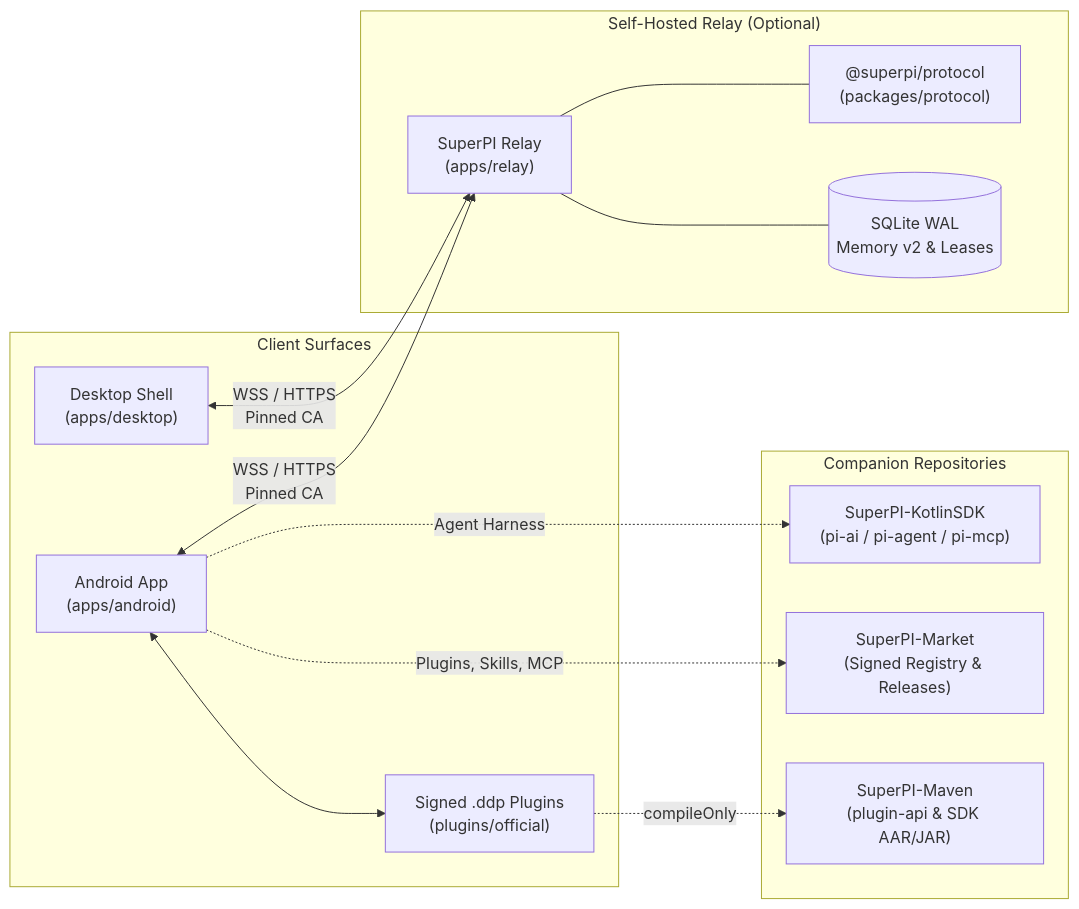
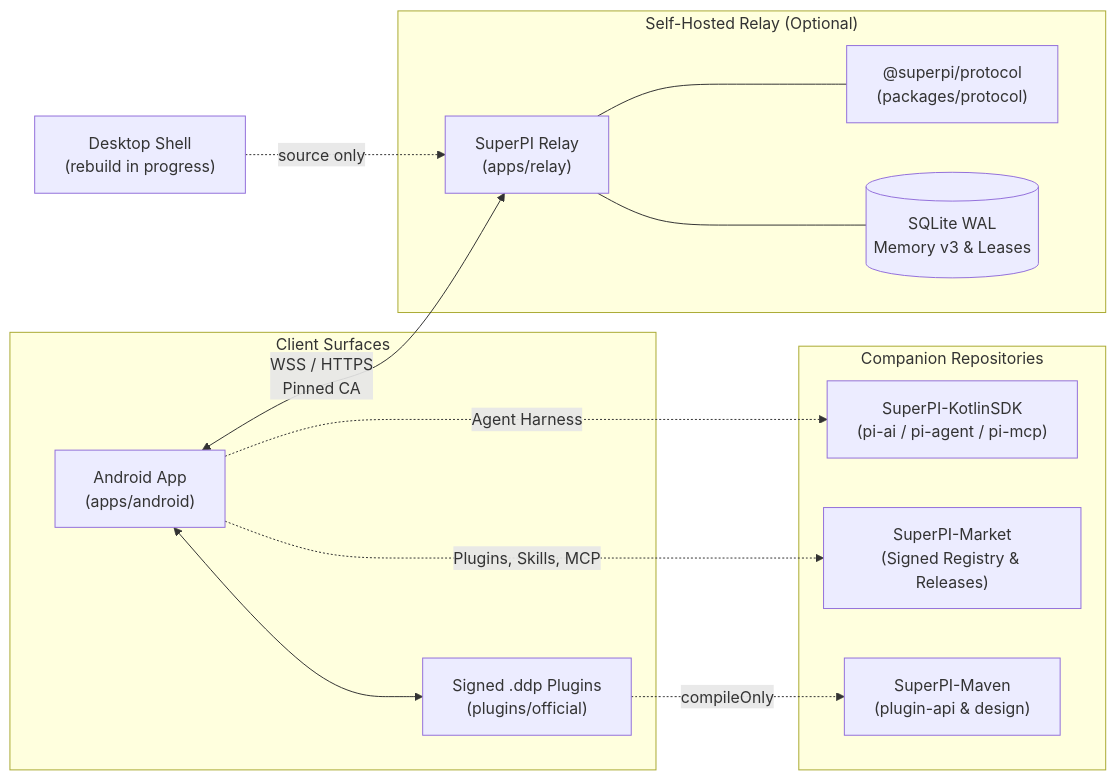
Before and after one commit to zqf20096327/ai_collect: the diagram in data/readmes/Sadami3066__SuperPI.md, drawn with Mermaid. The commit also changed other lines of this file and 3185 other files, not shown here.

````diff
--- a/data/readmes/Sadami3066__SuperPI.md
+++ b/data/readmes/Sadami3066__SuperPI.md
@@ -42,29 +45,28 @@
 ```mermaid
 flowchart LR
     subgraph Devices["Client Surfaces"]
         A["Android App\n(apps/android)"]
-        D["Desktop Shell\n(apps/desktop)"]
         P["Signed .ddp Plugins\n(plugins/official)"]
         A <--> P
     end
 
     subgraph Sync["Self-Hosted Relay (Optional)"]
         R["SuperPI Relay\n(apps/relay)"]
         PR["@superpi/protocol\n(packages/protocol)"]
-        DB[("SQLite WAL\nMemory v2 & Leases")]
+        DB[("SQLite WAL\nMemory v3 & Leases")]
         R --- PR
         R --- DB
     end
 
     subgraph Ext["Companion Repositories"]
         SDK["SuperPI-KotlinSDK\n(pi-ai / pi-agent / pi-mcp)"]
         MKT["SuperPI-Market\n(Signed Registry & Releases)"]
-        MVN["SuperPI-Maven\n(plugin-api & SDK AAR/JAR)"]
+        MVN["SuperPI-Maven\n(plugin-api & design)"]
     end
 
+    D["Desktop Shell\n(rebuild in progress)"] -.->|"source only"| R
     A <-->|"WSS / HTTPS\nPinned CA"| R
-    D <-->|"WSS / HTTPS\nPinned CA"| R
     A -.->|"Agent Harness"| SDK
     A -.->|"Plugins, Skills, MCP"| MKT
     P -.->|"compileOnly"| MVN
 ```
````
